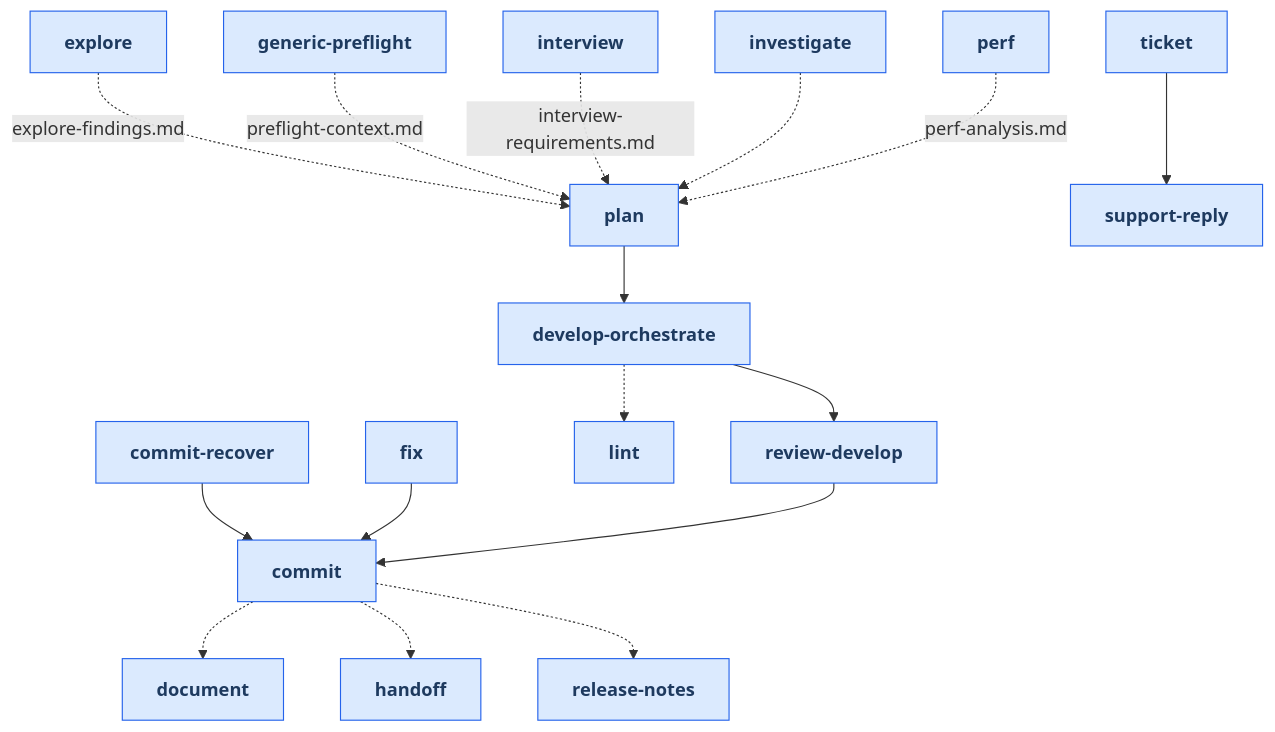
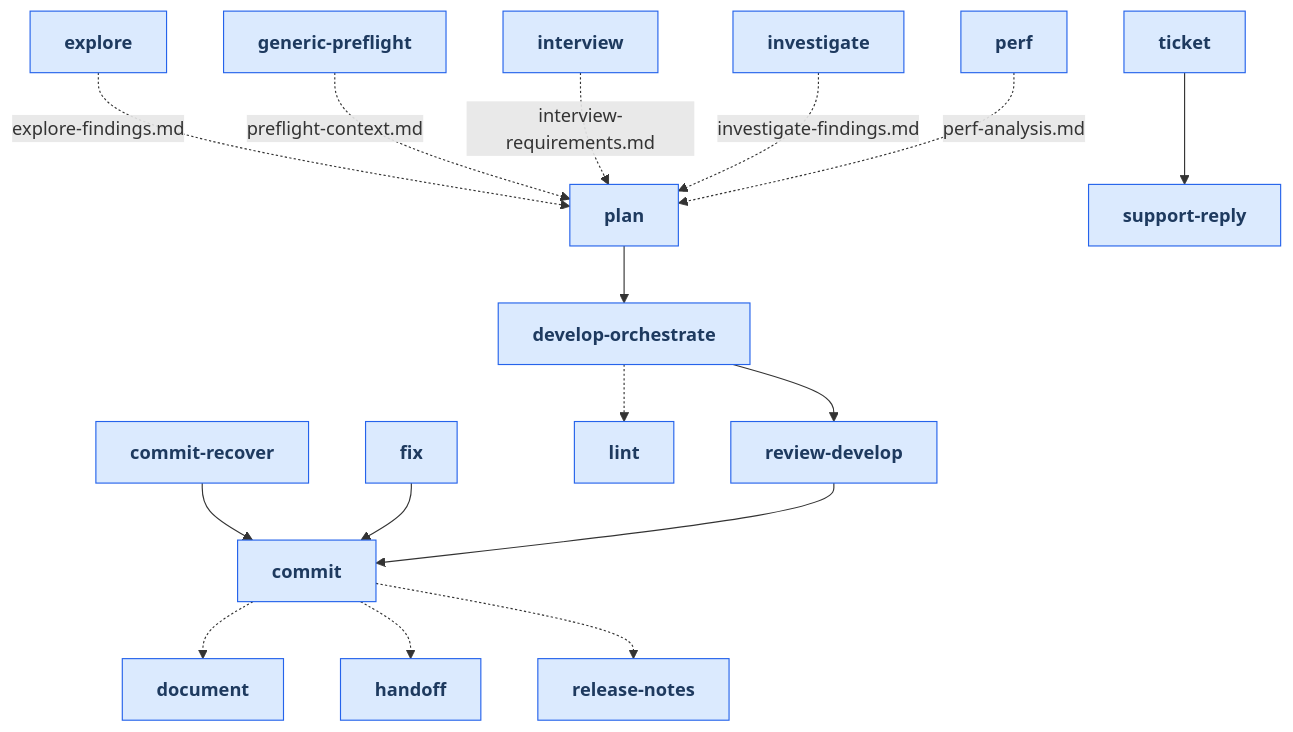
The first of 25 diagrams in docs/skills_map.md (russell-laing/al-dev-shared), drawn with Mermaid before and after one commit. The commit also changed other lines of this file and 14 other files, not shown here.

````diff
--- a/docs/skills_map.md
+++ b/docs/skills_map.md
@@ -22,55 +22,55 @@
 ```mermaid
 flowchart TD
     classDef skillNode fill:#dbeafe,stroke:#2563eb,color:#1e3a5f,font-weight:bold
     skill_commit[commit]
     skill_commit_recover[commit-recover]
     skill_develop_orchestrate[develop-orchestrate]
     skill_document[document]
     skill_explore[explore]
     skill_fix[fix]
     skill_generic_preflight[generic-preflight]
     skill_handoff[handoff]
     skill_interview[interview]
     skill_investigate[investigate]
     skill_lint[lint]
     skill_perf[perf]
     skill_plan[plan]
     skill_release_notes[release-notes]
     skill_review_develop[review-develop]
     skill_support_reply[support-reply]
     skill_ticket[ticket]
 
     skill_commit -.-> skill_document
     skill_commit -.-> skill_handoff
     skill_commit -.-> skill_release_notes
     skill_commit_recover --> skill_commit
     skill_develop_orchestrate --> skill_review_develop
     skill_develop_orchestrate -.-> skill_lint
     skill_explore -.-> |explore-findings.md| skill_plan
     skill_fix --> skill_commit
     skill_generic_preflight -.-> |preflight-context.md| skill_plan
     skill_interview -.-> |interview-requirements.md| skill_plan
-    skill_investigate -.-> skill_plan
+    skill_investigate -.-> |investigate-findings.md| skill_plan
     skill_perf -.-> |perf-analysis.md| skill_plan
     skill_plan --> skill_develop_orchestrate
     skill_review_develop --> skill_commit
     skill_ticket --> skill_support_reply
 
     class skill_commit skillNode
     class skill_commit_recover skillNode
     class skill_develop_orchestrate skillNode
     class skill_document skillNode
     class skill_explore skillNode
     class skill_fix skillNode
     class skill_generic_preflight skillNode
     class skill_handoff skillNode
     class skill_interview skillNode
     class skill_investigate skillNode
     class skill_lint skillNode
     class skill_perf skillNode
     class skill_plan skillNode
     class skill_release_notes skillNode
     class skill_review_develop skillNode
     class skill_support_reply skillNode
     class skill_ticket skillNode
 ```
````
